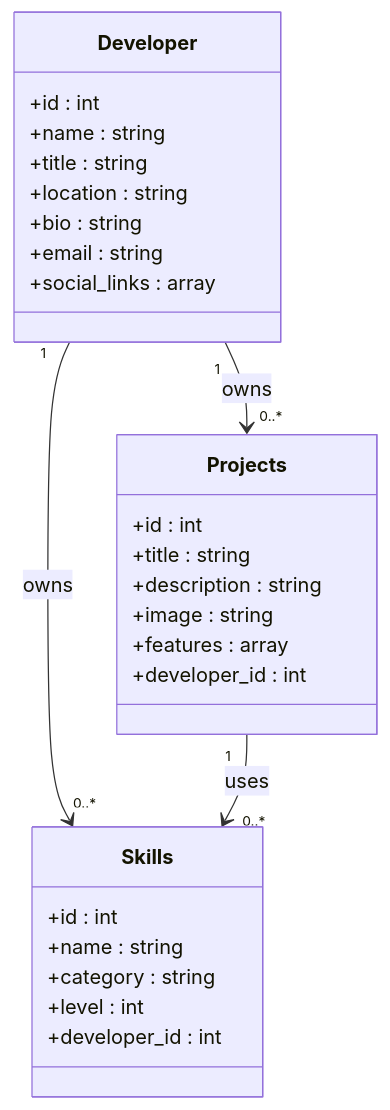
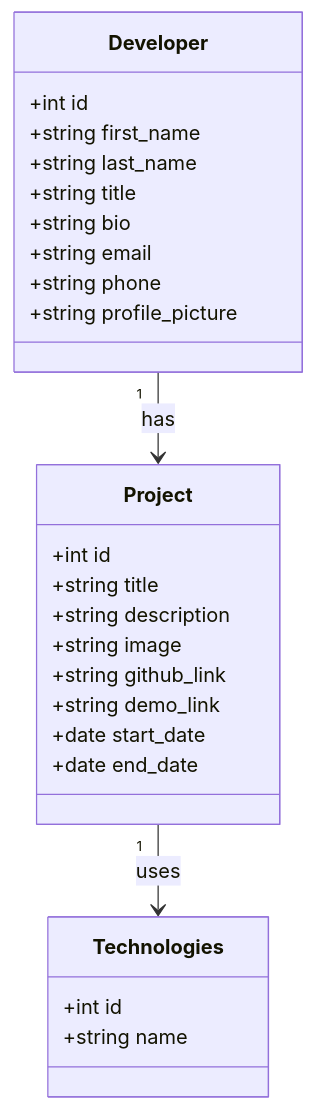
Before and after one commit to abdelhaymallouli/Portfolio-mallouli-abdelhay: the diagram in class diagram/diagam.mmd, drawn with Mermaid. The commit also changed 5 other files, not shown here.

Commit message:
Update the DIagrams of The Presentation

```diff
--- a/class diagram/diagam.mmd
+++ b/class diagram/diagam.mmd
@@ -1,32 +1,31 @@
 classDiagram
     class Developer {
-        +id : int
-        +name : string
-        +title : string
-        +location : string
-        +bio : string
-        +email : string
-        +social_links : array
+        +int id
+        +string first_name
+        +string last_name
+        +string title
+        +string bio
+        +string email
+        +string phone
+        +string profile_picture
     }
 
-    class Skills {
-        +id : int
-        +name : string
-        +category : string
-        +level : int
-        +developer_id : int
+    class Project {
+        +int id
+        +string title
+        +string description
+        +string image
+        +string github_link
+        +string demo_link
+        +date start_date
+        +date end_date
     }
 
-    class Projects {
-        +id : int
-        +title : string
-        +description : string
-        +image : string
-        +features : array
-        +developer_id : int
+    class Technologies {
+        +int id
+        +string name
     }
 
     %% Relationships
-    Developer "1" --> "0..*" Skills : owns
-    Developer "1" --> "0..*" Projects : owns
-    Projects "1" --> "0..*" Skills : uses
+    Developer "1" --> "" Project : has
+    Project "1" --> "" Technologies : uses
```
